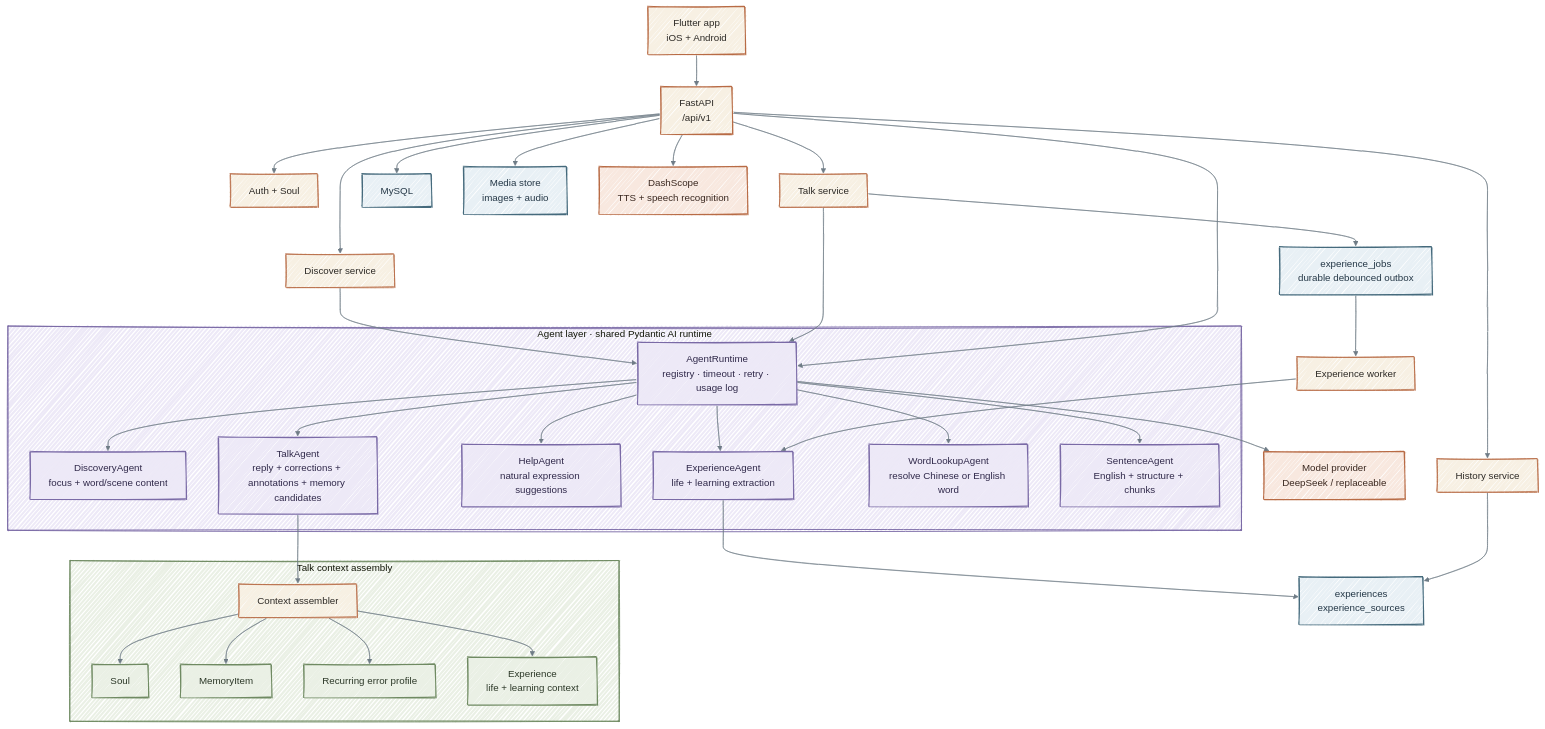
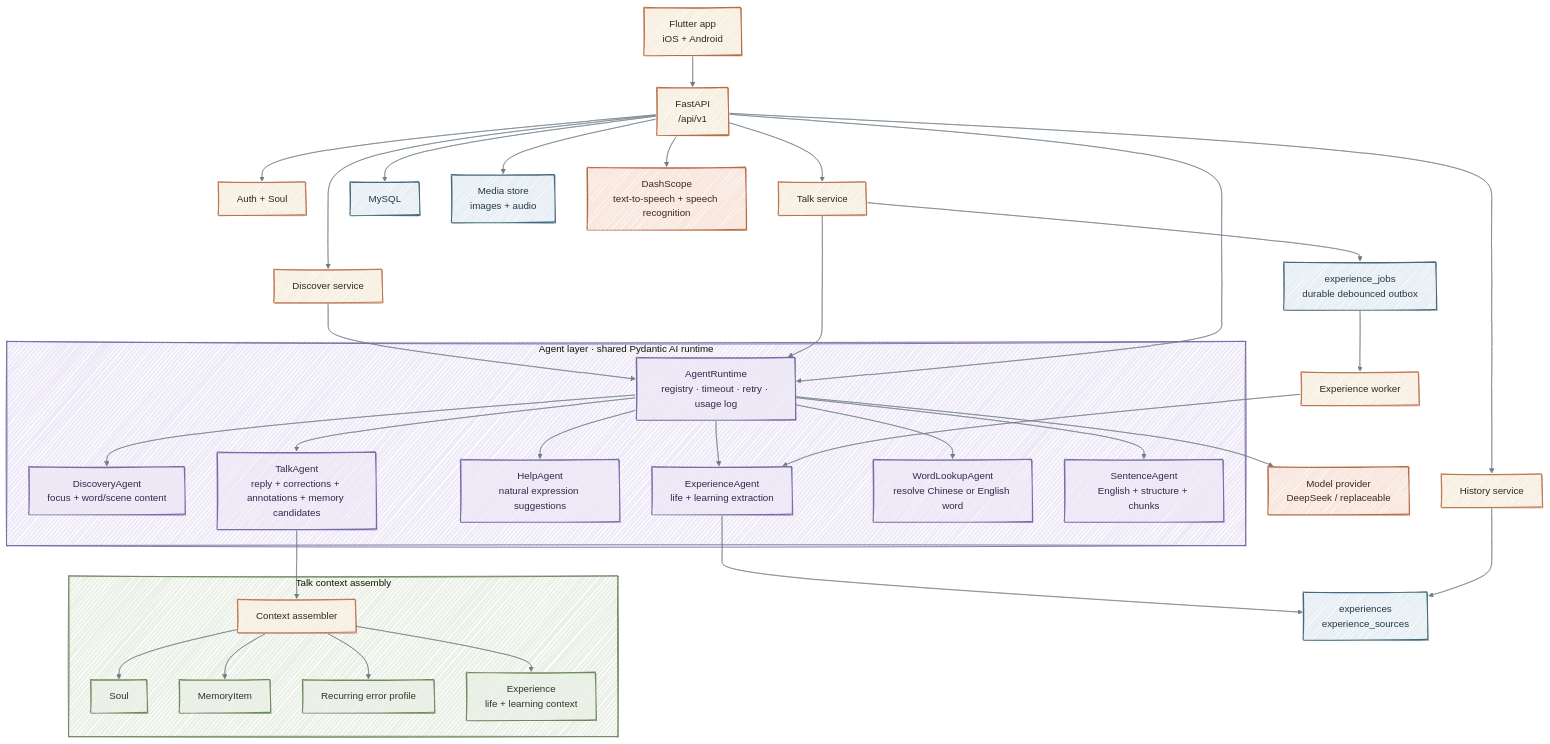
One commit to ZhangPeibin/Named changed the second of 4 diagrams in README.md. Above: the diagram before and after it, drawn with Mermaid. The commit also changed other lines of this file, not shown here.

````diff
--- a/README.md
+++ b/README.md
@@ -104,81 +104,81 @@
 ```mermaid
 %%{init: {
   "theme": "base",
   "look": "handDrawn",
   "themeVariables": {
     "background": "#FBF8F2",
     "primaryColor": "#F7F0E3",
     "primaryTextColor": "#2D2A26",
     "primaryBorderColor": "#B86B45",
     "lineColor": "#6F7C86",
     "secondaryColor": "#E8F0F5",
     "tertiaryColor": "#EDE9F7",
     "fontFamily": "ui-rounded, Trebuchet MS, sans-serif"
   }
 }}%%
 flowchart TB
     App["Flutter app<br/>iOS + Android"] --> API["FastAPI<br/>/api/v1"]
 
     API --> Auth["Auth + Soul"]
     API --> Discover["Discover service"]
     API --> Talk["Talk service"]
     API --> History["History service"]
 
     subgraph AgentLayer["Agent layer · shared Pydantic AI runtime"]
         Runtime["AgentRuntime<br/>registry · timeout · retry · usage log"]
         DiscoveryAgent["DiscoveryAgent<br/>focus + word/scene content"]
         TalkAgent["TalkAgent<br/>reply + corrections + annotations + memory candidates"]
         HelpAgent["HelpAgent<br/>natural expression suggestions"]
         ExperienceAgent["ExperienceAgent<br/>life + learning extraction"]
         WordLookupAgent["WordLookupAgent<br/>resolve Chinese or English word"]
         SentenceAgent["SentenceAgent<br/>English + structure + chunks"]
     end
 
     Discover --> Runtime
     Talk --> Runtime
     API --> Runtime
     Runtime --> DiscoveryAgent
     Runtime --> TalkAgent
     Runtime --> HelpAgent
     Runtime --> ExperienceAgent
     Runtime --> WordLookupAgent
     Runtime --> SentenceAgent
 
     subgraph ContextLayer["Talk context assembly"]
         Context["Context assembler"]
         Soul["Soul"]
         Memory["MemoryItem"]
         Errors["Recurring error profile"]
         Experiences["Experience<br/>life + learning context"]
     end
 
     TalkAgent --> Context
     Context --> Soul
     Context --> Memory
     Context --> Errors
     Context --> Experiences
 
     Talk --> Queue["experience_jobs<br/>durable debounced outbox"]
     Queue --> Worker["Experience worker"]
     Worker --> ExperienceAgent
     ExperienceAgent --> ExperienceStore["experiences<br/>experience_sources"]
     History --> ExperienceStore
 
     Runtime --> Model["Model provider<br/>DeepSeek / replaceable"]
     API --> DB["MySQL"]
     API --> Media["Media store<br/>images + audio"]
-    API --> Speech["DashScope<br/>TTS + speech recognition"]
+    API --> Speech["DashScope<br/>text-to-speech + speech recognition"]
 
     classDef warm fill:#F7F0E3,stroke:#B86B45,stroke-width:1.7px,color:#2D2A26
     classDef blue fill:#E8F0F5,stroke:#456A7C,stroke-width:1.7px,color:#243746
     classDef sage fill:#EAF0E5,stroke:#6F8A62,stroke-width:1.7px,color:#2C3828
     classDef lavender fill:#EDE9F7,stroke:#7A6AA6,stroke-width:1.7px,color:#30294A
     classDef peach fill:#F8E8DF,stroke:#B86B45,stroke-width:1.7px,color:#3A2820
     class App,API warm
     class Soul,Memory,Errors,Experiences sage
     class Runtime,DiscoveryAgent,TalkAgent,HelpAgent,ExperienceAgent,WordLookupAgent,SentenceAgent lavender
     class Model,Speech peach
     class DB,Media,Queue,ExperienceStore blue
     style ContextLayer fill:#EAF0E5,stroke:#6F8A62,stroke-width:1.5px
     style AgentLayer fill:#EDE9F7,stroke:#7A6AA6,stroke-width:1.5px
 ```
````
